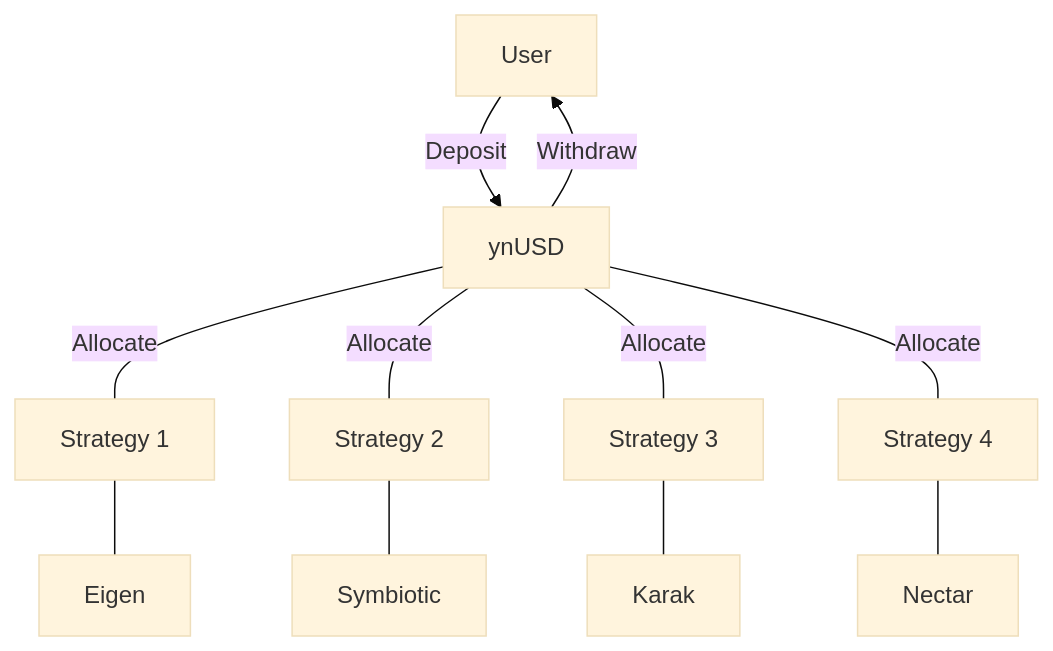
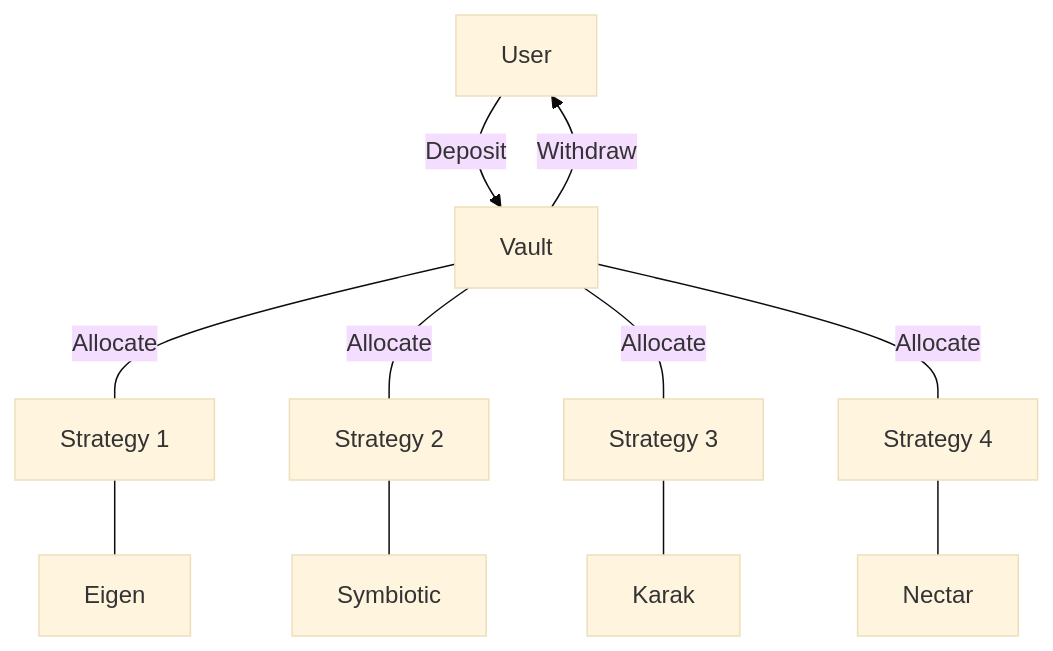
The first of 2 diagrams in docs/vault.md (yieldnest/yieldnest-vault), drawn with Mermaid (base theme) before and after one commit. The commit also changed other lines of this file and 14 other files, not shown here.

````diff
--- a/docs/vault.md
+++ b/docs/vault.md
@@ -14,14 +15,14 @@
 ```mermaid
 graph TD
-    User -->|Deposit| ynUSD
-    ynUSD -->|Withdraw| User
-    ynUSD ---|Allocate| Strategy1["Strategy 1"]
-    ynUSD ---|Allocate| Strategy2["Strategy 2"]
-    ynUSD ---|Allocate| Strategy3["Strategy 3"]
-    ynUSD ---|Allocate| Strategy4["Strategy 4"]
+    User -->|Deposit| Vault
+    Vault -->|Withdraw| User
+    Vault ---|Allocate| Strategy1["Strategy 1"]
+    Vault ---|Allocate| Strategy2["Strategy 2"]
+    Vault ---|Allocate| Strategy3["Strategy 3"]
+    Vault ---|Allocate| Strategy4["Strategy 4"]
     Strategy1 --- Eigen
     Strategy2 --- Symbiotic
     Strategy3 --- Karak
     Strategy4 --- Nectar
 
 ```
````
